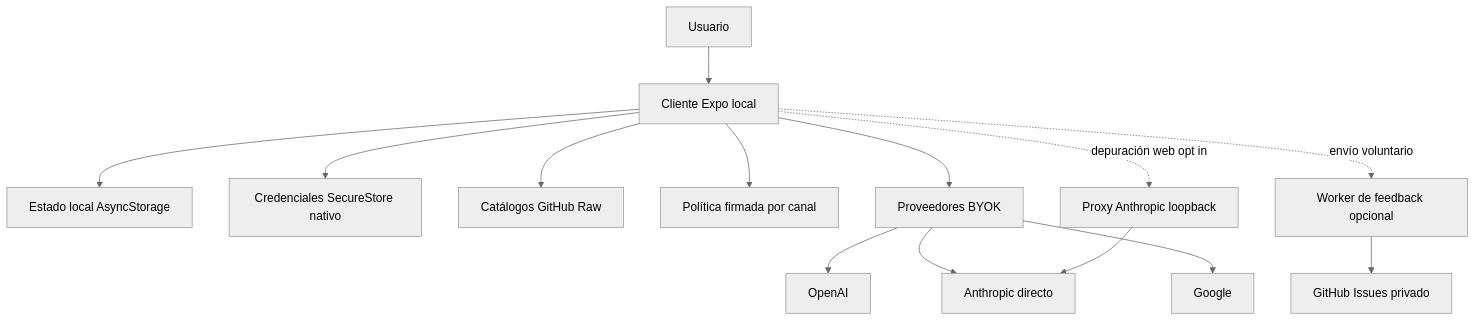
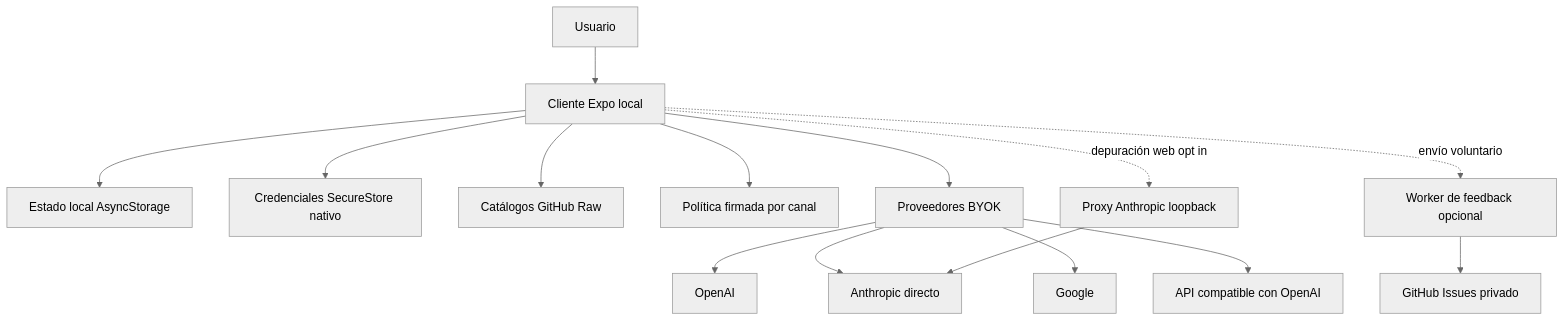
The diagram in openwiki/architecture/overview.md (maximofn/gymnasia), drawn with Mermaid (neutral theme) before and after one commit. The commit also changed other lines of this file and 54 other files, not shown here.

````diff
--- a/openwiki/architecture/overview.md
+++ b/openwiki/architecture/overview.md
@@ -65,16 +67,17 @@
 ```mermaid
 flowchart TD
-    User["Usuario"] --> Client["Cliente Expo local"]
+    Person["Usuario"] --> Client["Cliente Expo local"]
     Client --> State["Estado local AsyncStorage"]
     Client --> Secrets["Credenciales SecureStore nativo"]
     Client --> Catalogs["Catálogos GitHub Raw"]
     Client --> Policy["Política firmada por canal"]
     Client --> BYOK["Proveedores BYOK"]
     BYOK --> OpenAI["OpenAI"]
     BYOK --> Anthropic["Anthropic directo"]
     BYOK --> Google["Google"]
+    BYOK --> CustomAPI["API compatible con OpenAI"]
     Client -. "envío voluntario" .-> Feedback["Worker de feedback opcional"]
     Feedback --> GitHub["GitHub Issues privado"]
     Client -. "depuración web opt in" .-> Proxy["Proxy Anthropic loopback"]
     Proxy --> Anthropic
 ```
````
